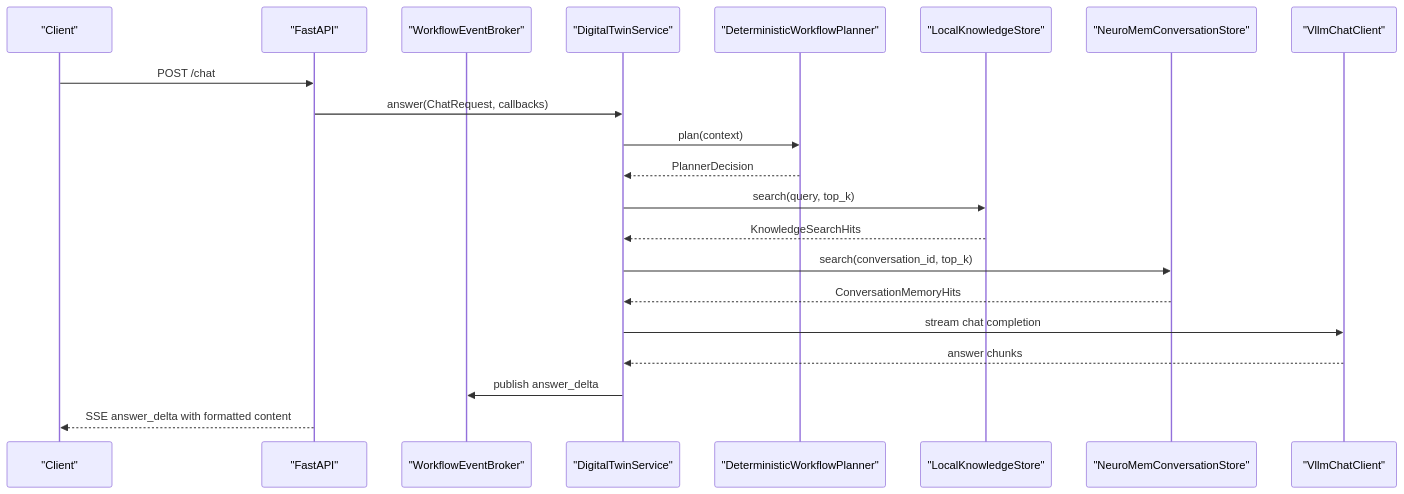
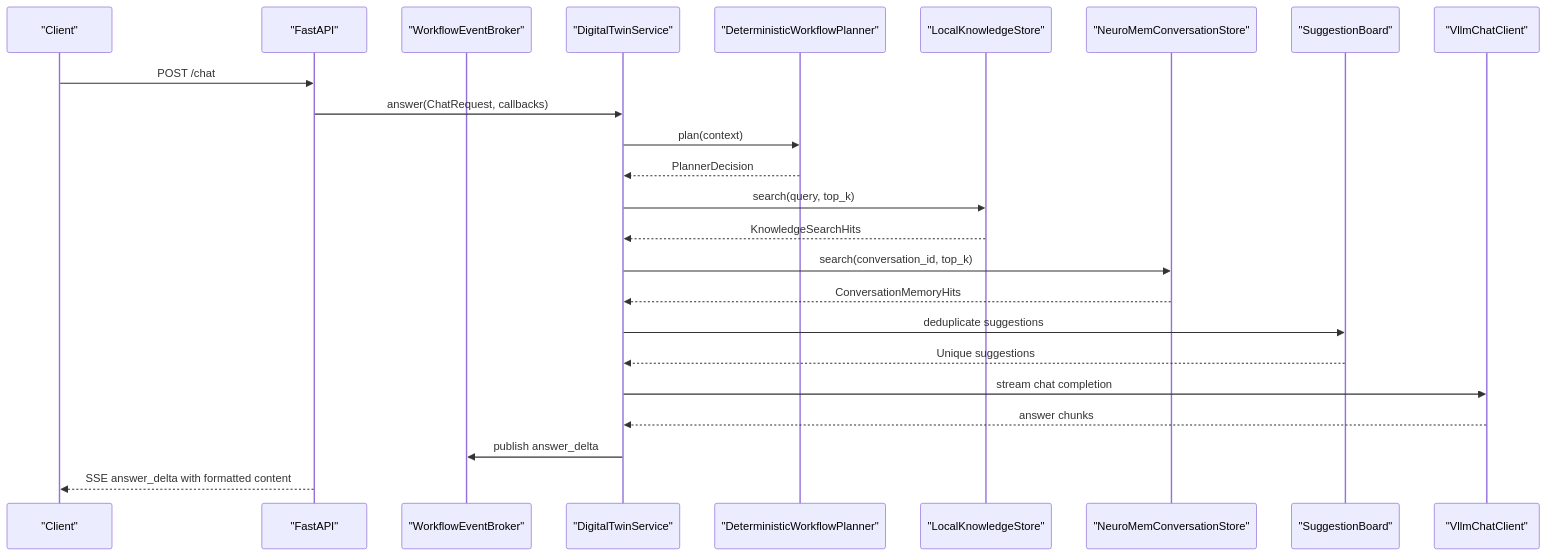
The second of 10 diagrams in .qoder/repowiki/en/content/Core Components/Core Components.md (intellistream/sage-mate), drawn with Mermaid before and after one commit. The commit also changed other lines of this file and 115 other files, not shown here.

````diff
--- a/.qoder/repowiki/en/content/Core Components/Core Components.md
+++ b/.qoder/repowiki/en/content/Core Components/Core Components.md
@@ -181,23 +191,26 @@
 ```mermaid
 sequenceDiagram
 participant Client as "Client"
 participant API as "FastAPI"
 participant Broker as "WorkflowEventBroker"
 participant Svc as "DigitalTwinService"
 participant Planner as "DeterministicWorkflowPlanner"
 participant KB as "LocalKnowledgeStore"
 participant Mem as "NeuroMemConversationStore"
+participant Suggestions as "SuggestionBoard"
 participant LLM as "VllmChatClient"
 Client->>API : POST /chat
 API->>Svc : answer(ChatRequest, callbacks)
 Svc->>Planner : plan(context)
 Planner-->>Svc : PlannerDecision
 Svc->>KB : search(query, top_k)
 KB-->>Svc : KnowledgeSearchHits
 Svc->>Mem : search(conversation_id, top_k)
 Mem-->>Svc : ConversationMemoryHits
+Svc->>Suggestions : deduplicate suggestions
+Suggestions-->>Svc : Unique suggestions
 Svc->>LLM : stream chat completion
 LLM-->>Svc : answer chunks
 Svc->>Broker : publish answer_delta
 API-->>Client : SSE answer_delta with formatted content
 ```
````
